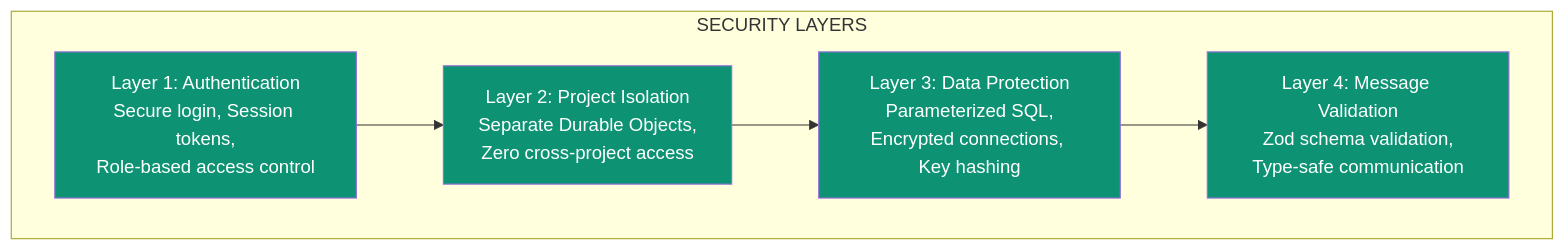
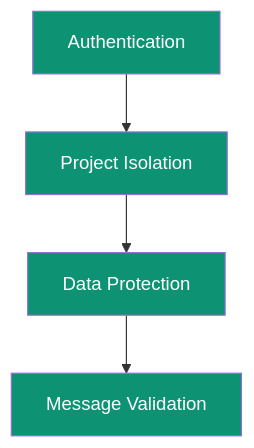
Before and after one commit to ashishsuperatom/tech-docs: the second of 2 diagrams in security/overview.mdx, drawn with Mermaid. The commit also changed other lines of this file and 13 other files, not shown here.

First line of the commit message:
Add Superatom AI logo and fix Mermaid diagram rendering

````diff
--- a/security/overview.mdx
+++ b/security/overview.mdx
@@ -75,19 +59,9 @@
 ```mermaid
-flowchart TB
-    subgraph LAYERS["SECURITY LAYERS"]
-        L1["Layer 1: Authentication<br>Secure login, Session tokens,<br>Role-based access control"]
-
-        L2["Layer 2: Project Isolation<br>Separate Durable Objects,<br>Zero cross-project access"]
-
-        L3["Layer 3: Data Protection<br>Parameterized SQL,<br>Encrypted connections, Key hashing"]
-
-        L4["Layer 4: Message Validation<br>Zod schema validation,<br>Type-safe communication"]
-    end
-
-    L1 --> L2 --> L3 --> L4
+flowchart TD
+    L1["Authentication"] --> L2["Project Isolation"] --> L3["Data Protection"] --> L4["Message Validation"]
 
     style L1 fill:#0D9373,color:#fff
     style L2 fill:#0D9373,color:#fff
     style L3 fill:#0D9373,color:#fff
     style L4 fill:#0D9373,color:#fff
 ```
````
